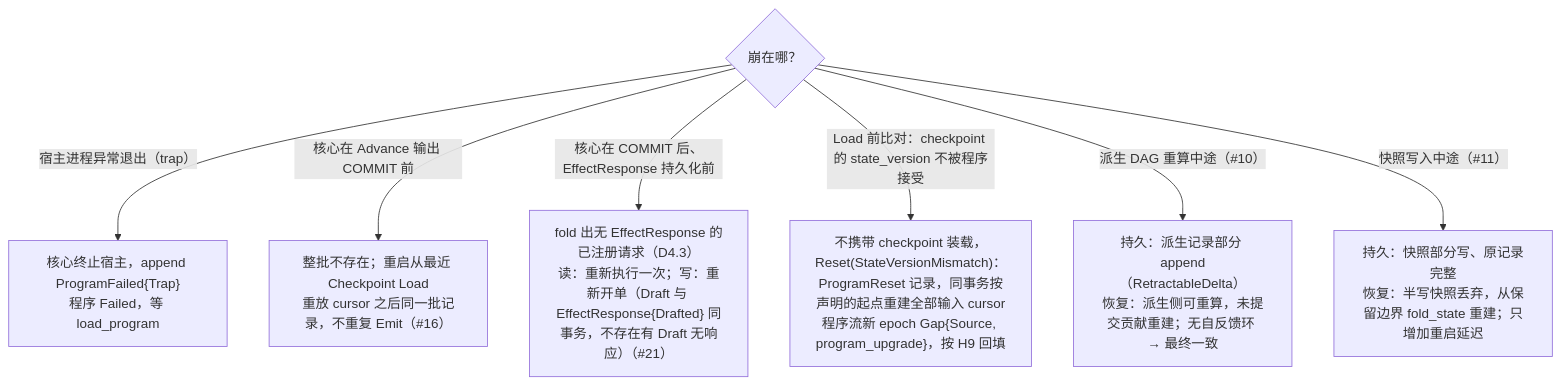
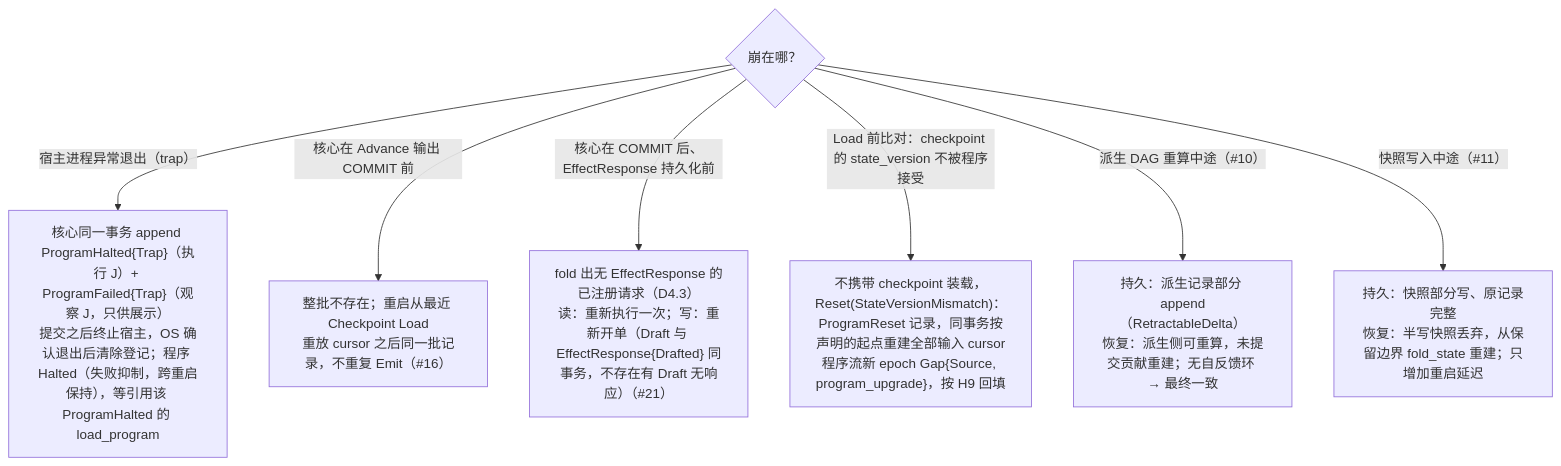
One commit to mouriya-s-lab/uta changed the fourth of 4 diagrams in design/diagrams/07-crash-recovery.md. Above: the diagram before and after it, drawn with Mermaid. The commit also changed other lines of this file and 5 other files, not shown here.

````diff
--- a/design/diagrams/07-crash-recovery.md
+++ b/design/diagrams/07-crash-recovery.md
@@ -107,10 +109,10 @@
 ```mermaid
 flowchart TB
   Q{"崩在哪？"}
-  Q -->|"宿主进程异常退出（trap）"| T1["核心终止宿主，append ProgramFailed{Trap}<br/>程序 Failed，等 load_program"]
+  Q -->|"宿主进程异常退出（trap）"| T1["核心同一事务 append ProgramHalted{Trap}（执行 J）+ ProgramFailed{Trap}（观察 J，只供展示）<br/>提交之后终止宿主，OS 确认退出后清除登记；程序 Halted（失败抑制，跨重启保持），等引用该 ProgramHalted 的 load_program"]
   Q -->|"核心在 Advance 输出 COMMIT 前"| T2["整批不存在；重启从最近 Checkpoint Load<br/>重放 cursor 之后同一批记录，不重复 Emit（#16）"]
   Q -->|"核心在 COMMIT 后、EffectResponse 持久化前"| T3["fold 出无 EffectResponse 的已注册请求（D4.3）<br/>读：重新执行一次；写：重新开单（Draft 与 EffectResponse{Drafted} 同事务，不存在有 Draft 无响应）（#21）"]
   Q -->|"Load 前比对：checkpoint 的 state_version 不被程序接受"| T4["不携带 checkpoint 装载，Reset(StateVersionMismatch)：ProgramReset 记录，同事务按声明的起点重建全部输入 cursor<br/>程序流新 epoch Gap{Source, program_upgrade}，按 H9 回填"]
   Q -->|"派生 DAG 重算中途（#10）"| T5["持久：派生记录部分 append（RetractableDelta）<br/>恢复：派生侧可重算，未提交贡献重建；无自反馈环 → 最终一致"]
   Q -->|"快照写入中途（#11）"| T6["持久：快照部分写、原记录完整<br/>恢复：半写快照丢弃，从保留边界 fold_state 重建；只增加重启延迟"]
 ```
````
